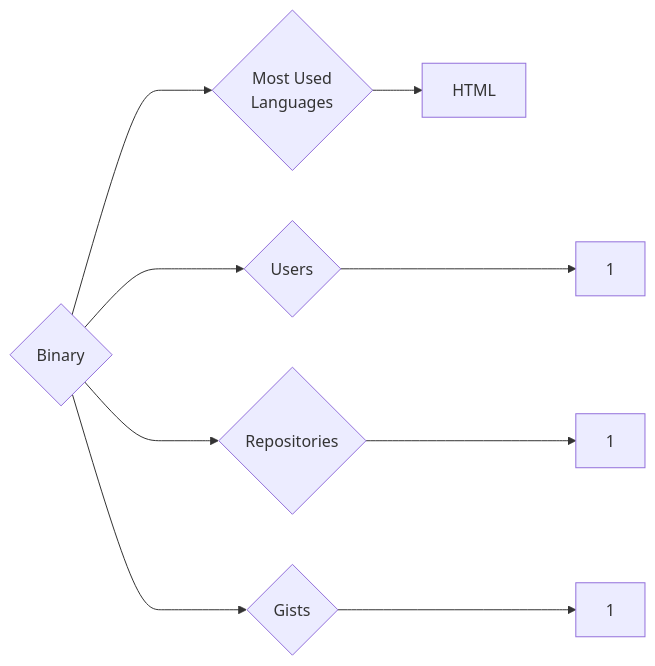
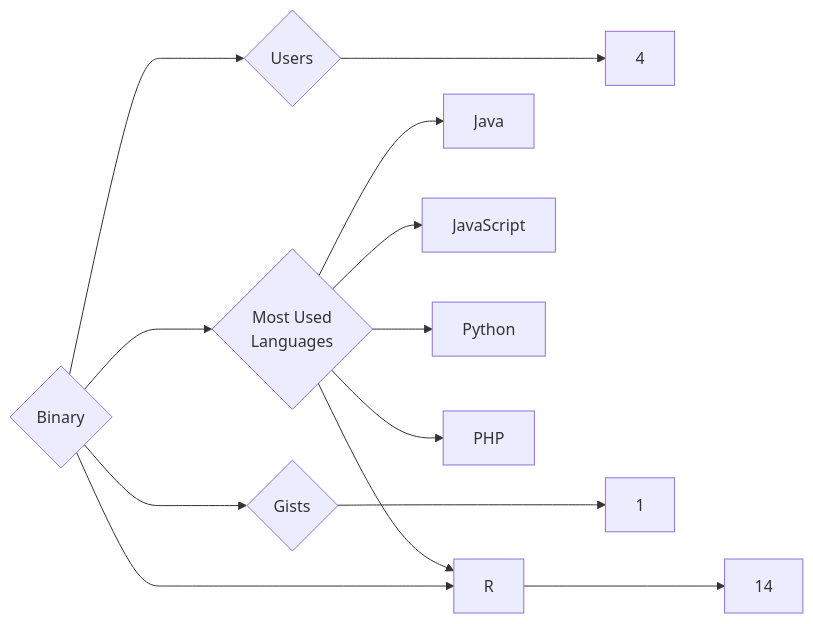
One commit to trickest/insiders changed the diagram in targets/Binary/README.md. Above: the diagram before and after it, drawn with Mermaid. The commit also changed 752 other files, not shown here.

````diff
--- a/targets/Binary/README.md
+++ b/targets/Binary/README.md
@@ -3,9 +3,13 @@
 ```mermaid
 graph LR
 COMPANY_NAME{Binary}
-COMPANY_NAME ---> U{Users} ---> UN[1]
-COMPANY_NAME ---> R{Repositories} ---> RN[1]
+COMPANY_NAME ---> U{Users} ---> UN[4]
+COMPANY_NAME ---> R{Repositories} ---> RN[14]
 COMPANY_NAME ---> G{Gists} ---> GN[1]
 COMPANY_NAME ---> ML{Most Used<br>Languages}
-ML --> HTML[HTML]
+ML --> Java[Java]
+ML --> JavaScript[JavaScript]
+ML --> R[R]
+ML --> Python[Python]
+ML --> PHP[PHP]
 ```
````
